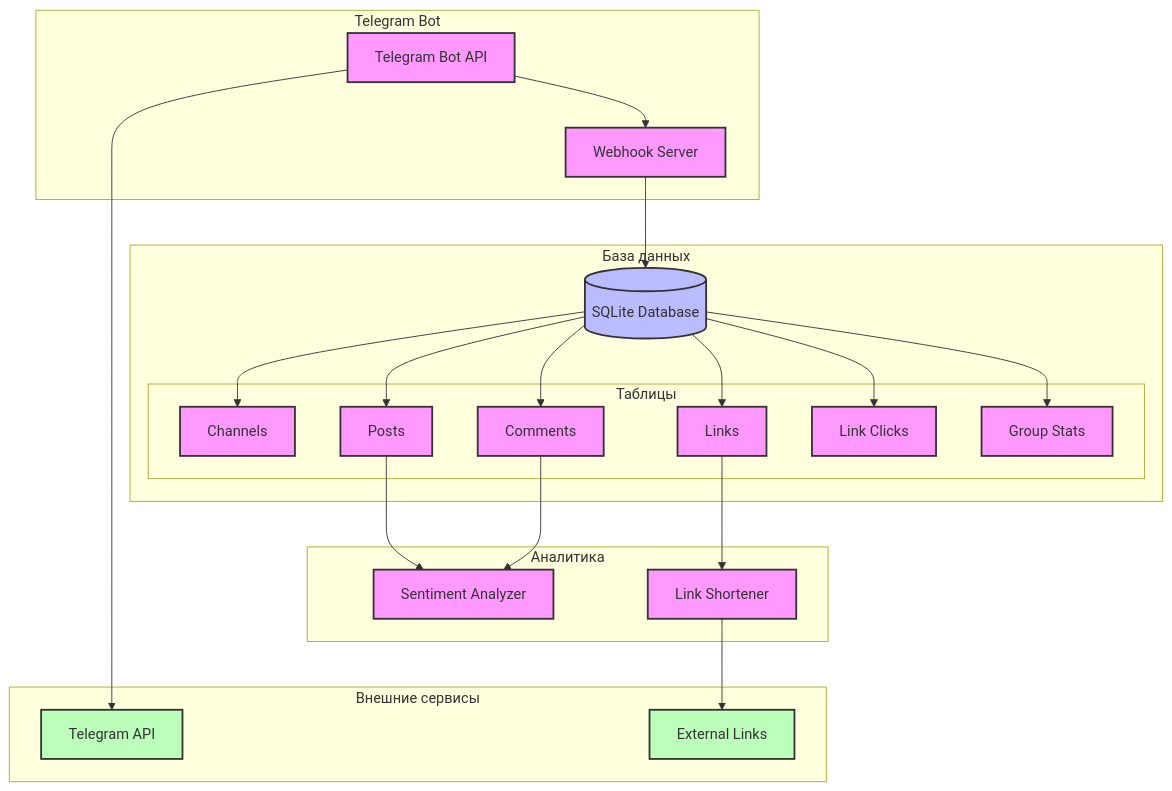
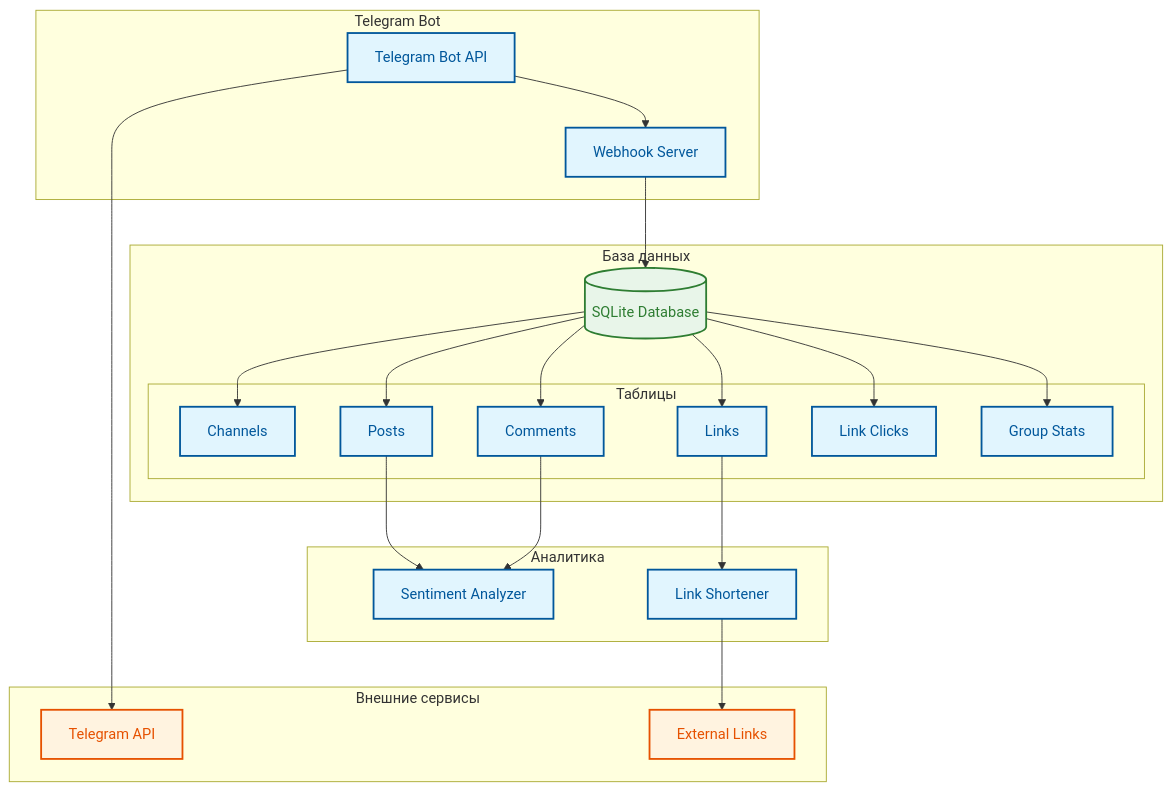
The diagram in infrastructure.md (4upokabra/SEOtgBOT), drawn with Mermaid before and after one commit.

Commit message:
file with scheme of infr 2.0

````diff
--- a/infrastructure.md
+++ b/infrastructure.md
@@ -1,54 +1,54 @@
 ```mermaid
 graph TB
     subgraph "Telegram Bot"
         TB[Telegram Bot API]
         WB[Webhook Server]
     end
 
     subgraph "База данных"
         DB[(SQLite Database)]
         subgraph "Таблицы"
             CH[Channels]
             PS[Posts]
             CM[Comments]
             LN[Links]
             LC[Link Clicks]
             GS[Group Stats]
         end
     end
 
     subgraph "Аналитика"
         SA[Sentiment Analyzer]
         LS[Link Shortener]
     end
 
     subgraph "Внешние сервисы"
         TG[Telegram API]
         EX[External Links]
     end
 
     %% Связи
     TB --> WB
     WB --> DB
     DB --> CH
     DB --> PS
     DB --> CM
     DB --> LN
     DB --> LC
     DB --> GS
     
     PS --> SA
     CM --> SA
     LN --> LS
     
     TB --> TG
     LS --> EX
 
     %% Стили
-    classDef default fill:#f9f,stroke:#333,stroke-width:2px;
-    classDef database fill:#bbf,stroke:#333,stroke-width:2px;
-    classDef external fill:#bfb,stroke:#333,stroke-width:2px;
+    classDef default fill:#e1f5fe,stroke:#01579b,stroke-width:2px,color:#01579b;
+    classDef database fill:#e8f5e9,stroke:#2e7d32,stroke-width:2px,color:#2e7d32;
+    classDef external fill:#fff3e0,stroke:#e65100,stroke-width:2px,color:#e65100;
     
     class DB database;
     class TG,EX external;
 ```
````
